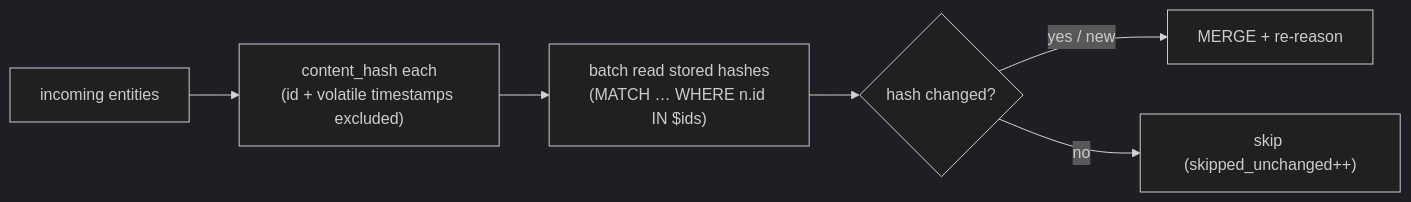
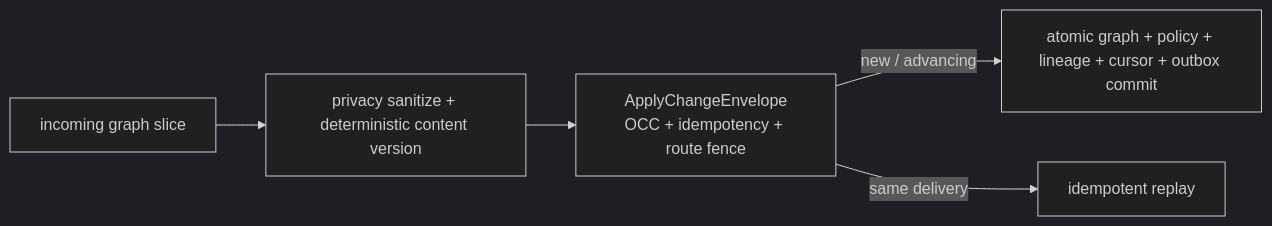
One commit to Knuckles-Team/agent-utilities changed the third of 3 diagrams in docs/architecture/kg_connectors_and_ingestion.md. Above: the diagram before and after it, drawn with Mermaid (dark theme). The commit also changed other lines of this file and 3818 other files, not shown here.

````diff
--- a/docs/architecture/kg_connectors_and_ingestion.md
+++ b/docs/architecture/kg_connectors_and_ingestion.md
@@ -138,8 +159,7 @@
 ```mermaid
 flowchart LR
-  E["incoming entities"] --> H["content_hash each\n(id + volatile timestamps excluded)"]
-  H --> Q["batch read stored hashes\n(MATCH … WHERE n.id IN $ids)"]
-  Q --> F{hash changed?}
-  F -->|yes / new| W["MERGE + re-reason"]
-  F -->|no| K["skip (skipped_unchanged++)"]
+  E["incoming graph slice"] --> H["privacy sanitize + deterministic content version"]
+  H --> A["ApplyChangeEnvelope\nOCC + idempotency + route fence"]
+  A -->|new / advancing| W["atomic graph + policy + lineage + cursor + outbox commit"]
+  A -->|same delivery| K["idempotent replay"]
 ```
````
